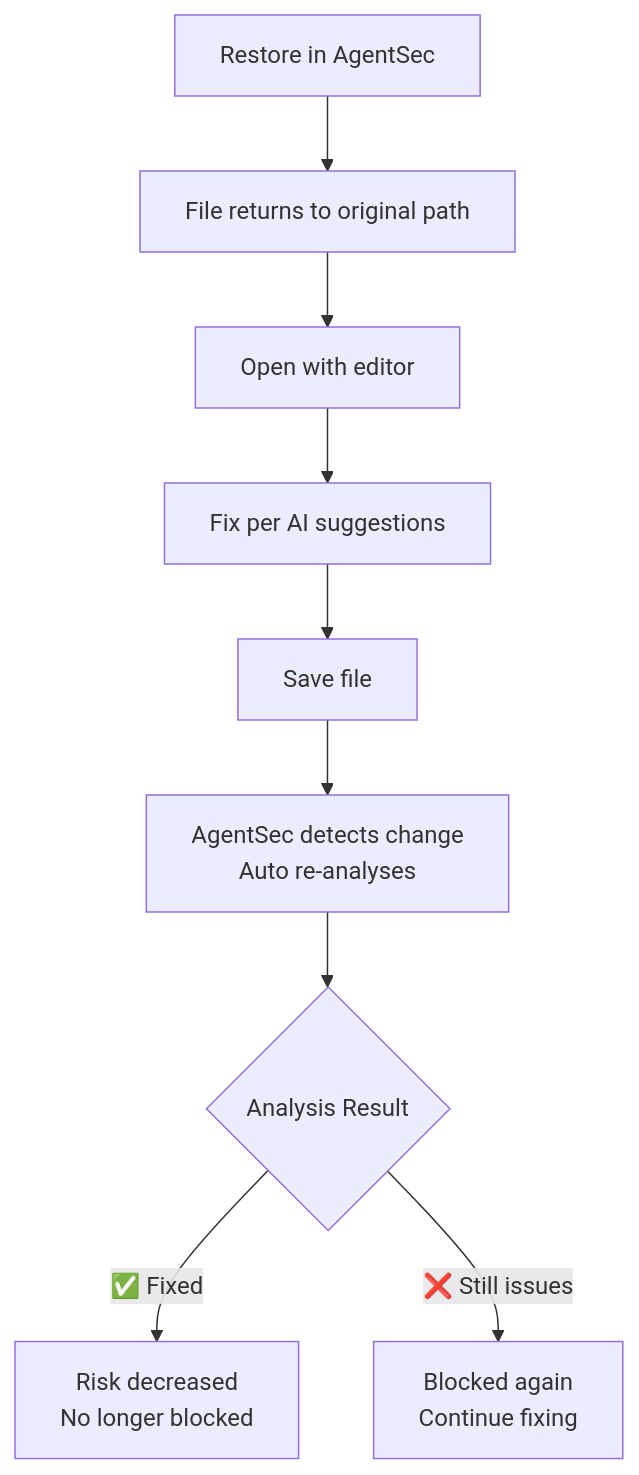
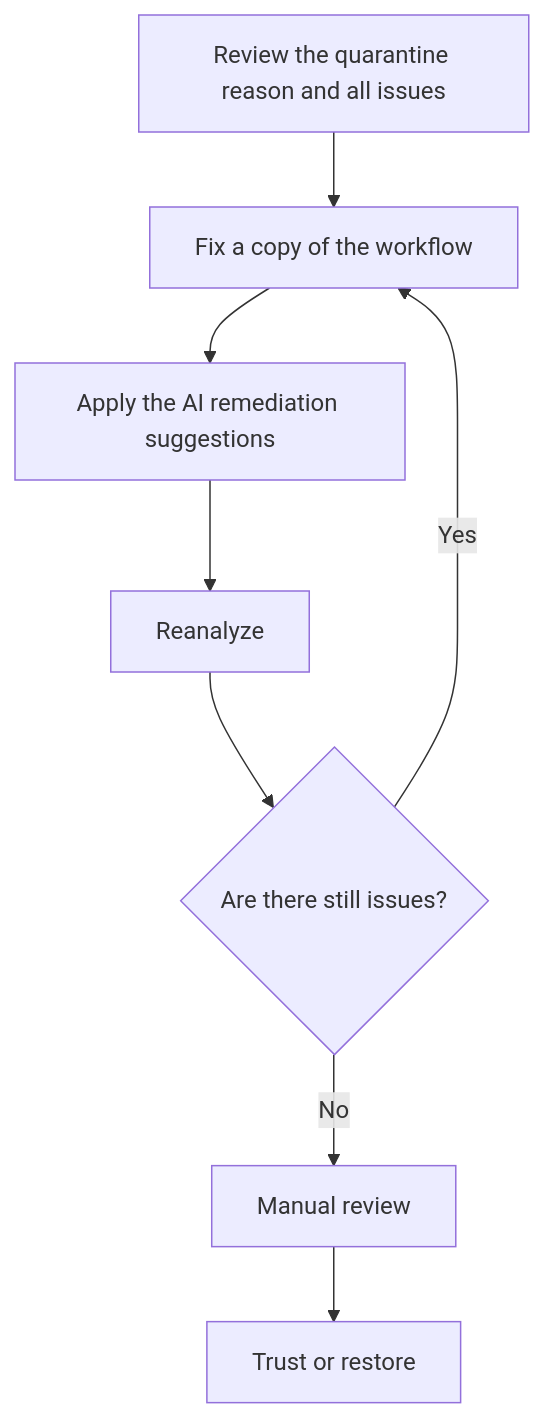
One commit to PolyUxAISecurity/AgentSec-UserDoc changed the fourth of 4 diagrams in EN/03-first-analysis.md. Above: the diagram before and after it, drawn with Mermaid. The commit also changed other lines of this file and 175 other files, not shown here.

````diff
--- a/EN/03-first-analysis.md
+++ b/EN/03-first-analysis.md
@@ -210,11 +213,10 @@
 ```mermaid
-graph TD
-    A[Restore in AgentSec] --> B[File returns to original path]
-    B --> C[Open with editor]
-    C --> D[Fix per AI suggestions]
-    D --> E[Save file]
-    E --> F[AgentSec detects change<br/>Auto re-analyses]
-    F --> G{Analysis Result}
-    G -->|"✅ Fixed"| H["Risk decreased<br/>No longer blocked"]
-    G -->|"❌ Still issues"| I["Blocked again<br/>Continue fixing"]
+flowchart TD
+    A[Review the quarantine reason and all issues] --> B[Fix a copy of the workflow]
+    B --> C[Apply the AI remediation suggestions]
+    C --> D[Reanalyze]
+    D --> E{Are there still issues?}
+    E -->|Yes| B
+    E -->|No| F[Manual review]
+    F --> G[Trust or restore]
 ```
````
